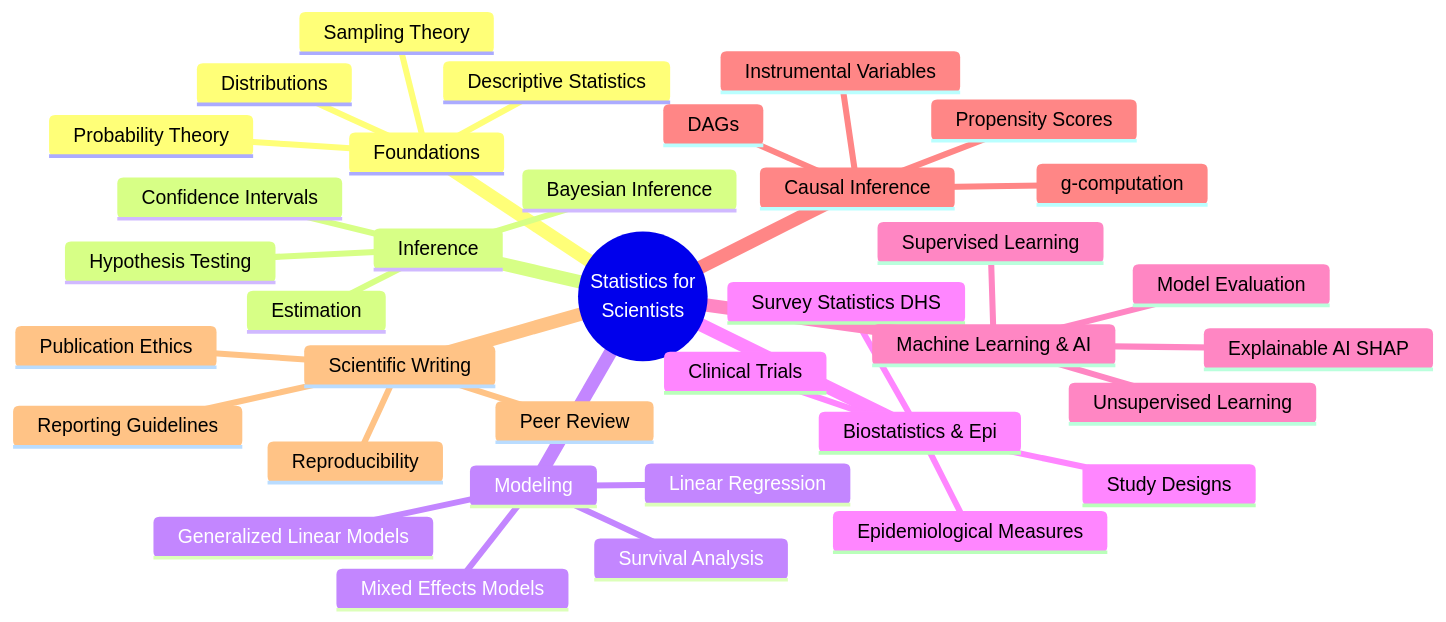
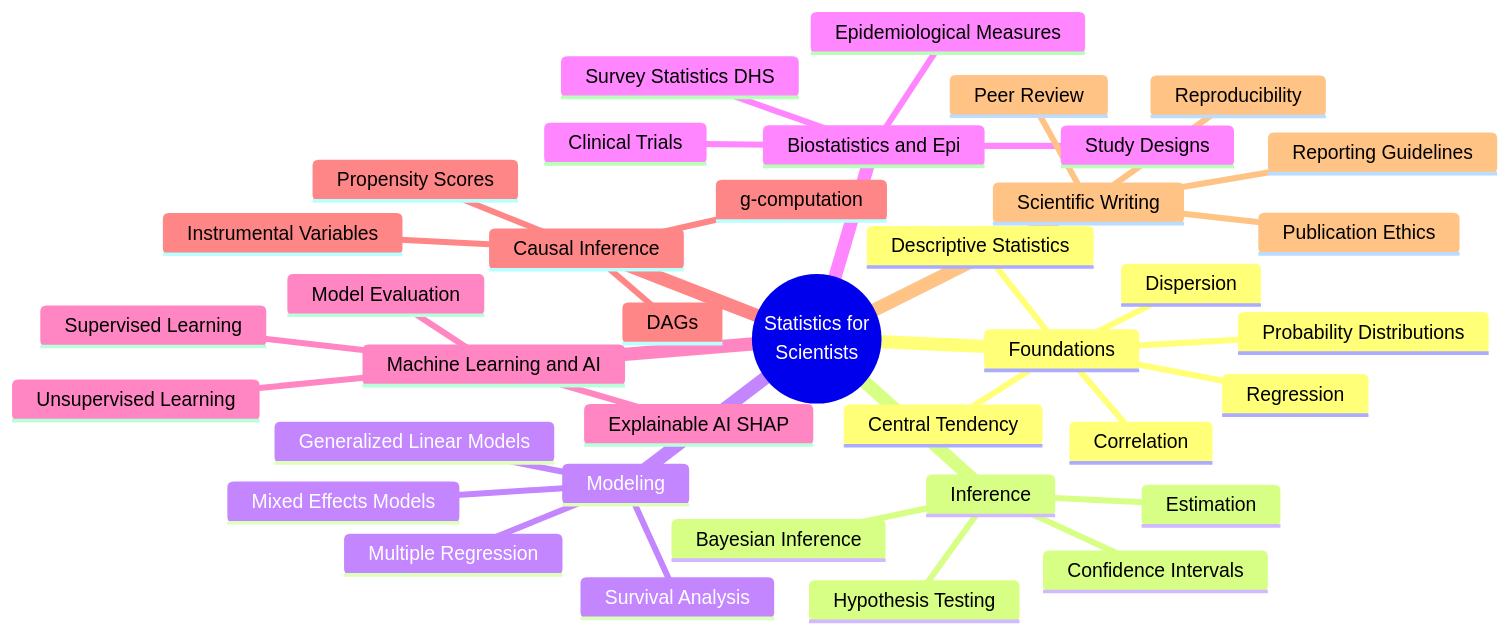
One commit to muhammadsalek/statistics-for-scientists changed the first of 5 diagrams in README.md. Above: the diagram before and after it, drawn with Mermaid. The commit also changed other lines of this file, not shown here.

````diff
--- a/README.md
+++ b/README.md
@@ -125,39 +150,41 @@
 ```mermaid
 mindmap
   root((Statistics for<br/>Scientists))
     Foundations
       Descriptive Statistics
-      Probability Theory
-      Distributions
-      Sampling Theory
+      Central Tendency
+      Dispersion
+      Correlation
+      Regression
+      Probability Distributions
     Inference
-      Estimation
       Hypothesis Testing
       Confidence Intervals
+      Estimation
       Bayesian Inference
     Modeling
-      Linear Regression
+      Multiple Regression
       Generalized Linear Models
       Mixed Effects Models
       Survival Analysis
-    Biostatistics & Epi
+    Biostatistics and Epi
       Study Designs
       Clinical Trials
       Epidemiological Measures
       Survey Statistics DHS
-    Machine Learning & AI
+    Machine Learning and AI
       Supervised Learning
       Unsupervised Learning
       Model Evaluation
       Explainable AI SHAP
     Causal Inference
       DAGs
       Propensity Scores
       g-computation
       Instrumental Variables
     Scientific Writing
       Reporting Guidelines
       Peer Review
       Reproducibility
       Publication Ethics
 ```
````
